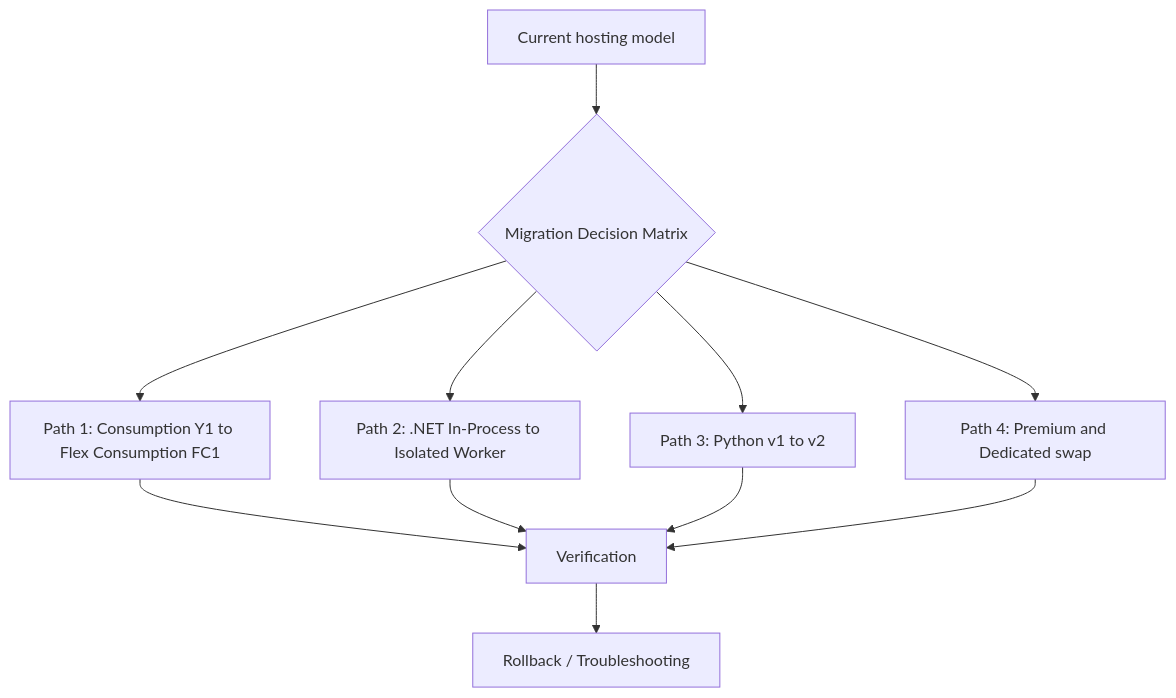
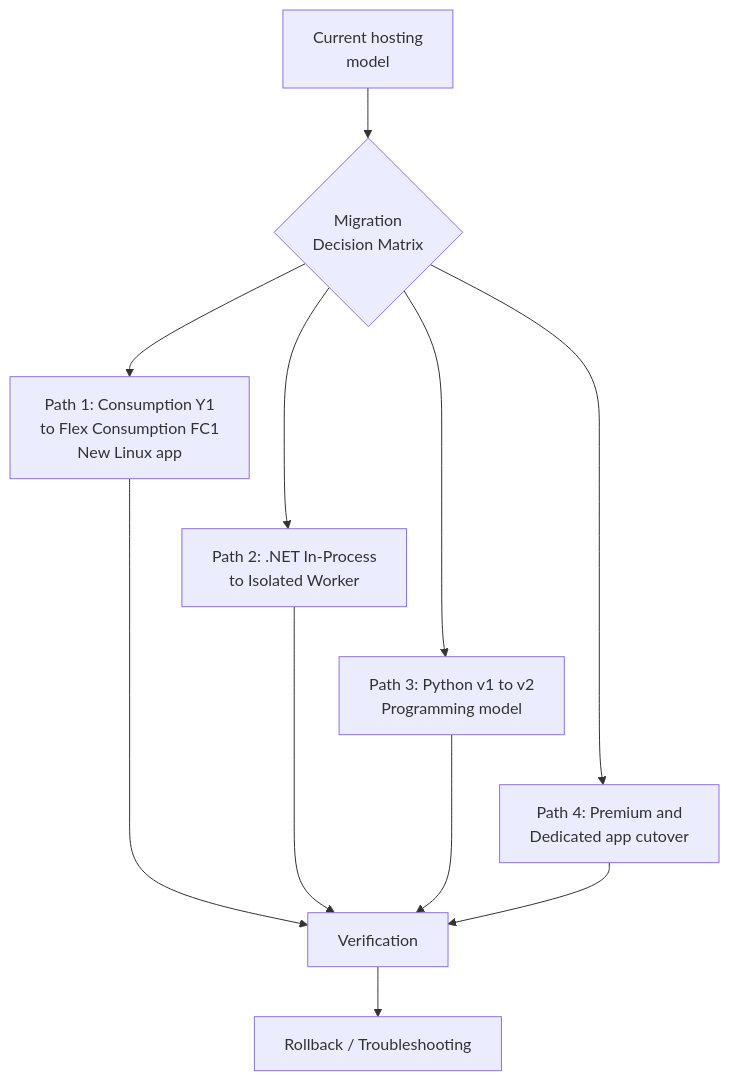
One commit to yeongseon/azure-functions-practical-guide changed the diagram in docs/operations/migration.md. Above: the diagram before and after it, drawn with Mermaid. The commit also changed other lines of this file, not shown here.

First line of the commit message:
docs(diagrams): clarify and tier the operations migration paths

````diff
--- a/docs/operations/migration.md
+++ b/docs/operations/migration.md
@@ -48,13 +53,19 @@
 ```mermaid
 flowchart TD
-    S["Current hosting model"] --> M{"Migration Decision Matrix"}
-    M --> PA1["Path 1: Consumption Y1 to Flex Consumption FC1"]
-    M --> PA2["Path 2: .NET In-Process to Isolated Worker"]
-    M --> PA3["Path 3: Python v1 to v2"]
-    M --> PA4["Path 4: Premium and Dedicated swap"]
+    accTitle: Migration path reading map
+    accDescr: The current hosting model leads to this guide's Migration Decision Matrix and four alternative paths, each converging on verification and rollback or troubleshooting. These are not Yes or No branches; use the adjacent path key for hosting, language and runtime qualifications.
+    S["Current hosting<br/>model"] --> M{"Migration<br/>Decision Matrix"}
+    M --> PA1["Path 1: Consumption Y1<br/>to Flex Consumption FC1<br/>New Linux app"]
+    M --> PA2["Path 2: .NET In-Process<br/>to Isolated Worker"]
+    M --> PA3["Path 3: Python v1 to v2<br/>Programming model"]
+    M --> PA4["Path 4: Premium and<br/>Dedicated app cutover"]
+    %% Layout-only links tier alternatives; they add no migration steps or arrows.
+    PA1 ~~~ PA2
+    PA2 ~~~ PA3
+    PA3 ~~~ PA4
     PA1 --> V["Verification"]
     PA2 --> V
     PA3 --> V
     PA4 --> V
     V --> RB["Rollback / Troubleshooting"]
 ```
````
